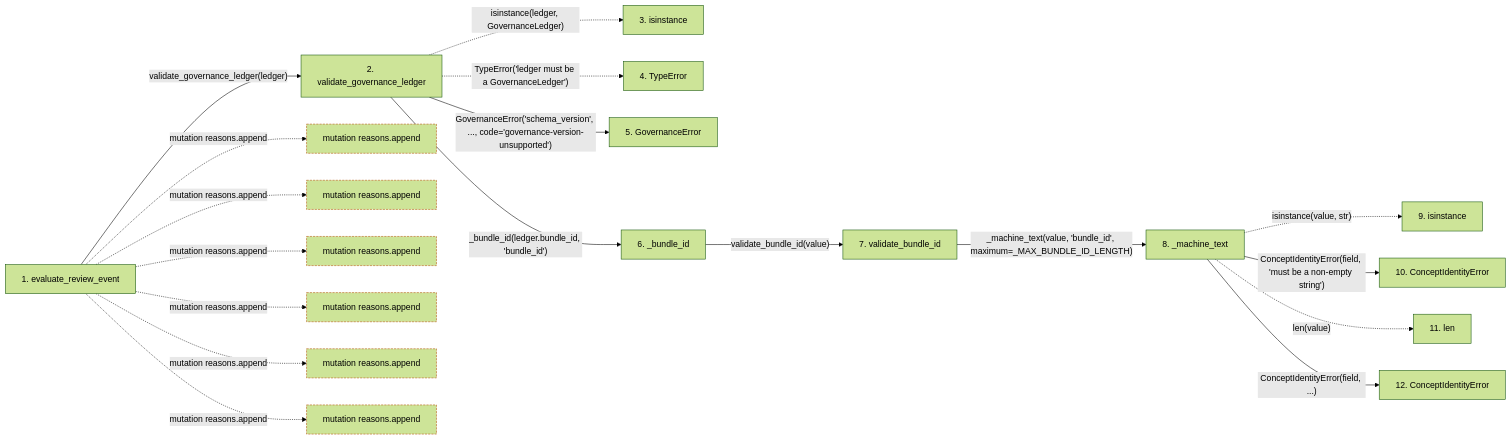
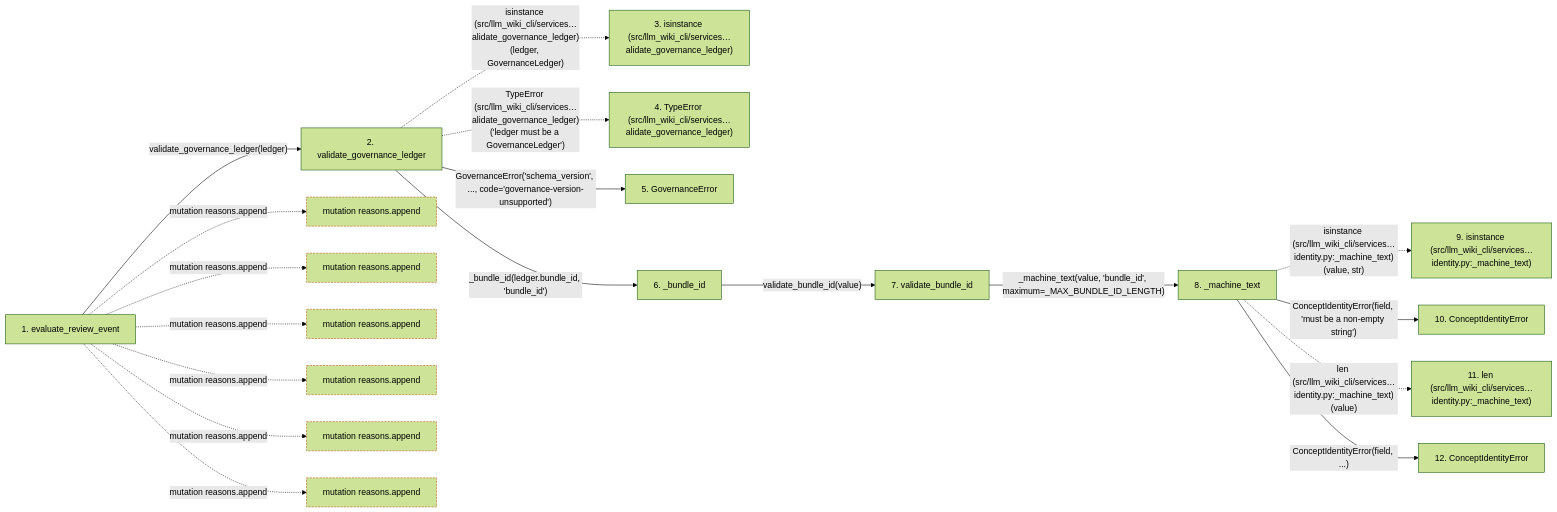
One commit to Denissvgn/python-wiki-llm changed the second of 2 diagrams in docs/llm_wiki/flows/api-evaluate_review_event.md. Above: the diagram before and after it, drawn with Mermaid (forest theme). The commit also changed other lines of this file and 719 other files, not shown here.

````diff
--- a/docs/llm_wiki/flows/api-evaluate_review_event.md
+++ b/docs/llm_wiki/flows/api-evaluate_review_event.md
@@ -82,53 +84,53 @@
 ```mermaid
 flowchart LR
     s1["1. evaluate_review_event"]
     s2["2. validate_governance_ledger"]
-    s3["3. isinstance"]
-    s4["4. TypeError"]
+    s3["3. isinstance (src/llm_wiki_cli/services…alidate_governance_ledger)"]
+    s4["4. TypeError (src/llm_wiki_cli/services…alidate_governance_ledger)"]
     s5["5. GovernanceError"]
     s6["6. _bundle_id"]
     s7["7. validate_bundle_id"]
     s8["8. _machine_text"]
-    s9["9. isinstance"]
+    s9["9. isinstance (src/llm_wiki_cli/services…identity.py:_machine_text)"]
     s10["10. ConceptIdentityError"]
-    s11["11. len"]
+    s11["11. len (src/llm_wiki_cli/services…identity.py:_machine_text)"]
     s12["12. ConceptIdentityError"]
     s1 -->|"validate_governance_ledger(ledger)"| s2
-    s2 -. "isinstance(ledger, GovernanceLedger)" .-> s3
-    s2 -. "TypeError('ledger must be a GovernanceLedger')" .-> s4
+    s2 -. "isinstance (src/llm_wiki_cli/services…alidate_governance_ledger)(ledger, GovernanceLedger)" .-> s3
+    s2 -. "TypeError (src/llm_wiki_cli/services…alidate_governance_ledger)('ledger must be a GovernanceLedger')" .-> s4
     s2 -->|"GovernanceError('schema_version', ..., code='governance-version-unsupported')"| s5
     s2 -->|"_bundle_id(ledger.bundle_id, 'bundle_id')"| s6
     s6 -->|"validate_bundle_id(value)"| s7
     s7 -->|"_machine_text(value, 'bundle_id', maximum=_MAX_BUNDLE_ID_LENGTH)"| s8
-    s8 -. "isinstance(value, str)" .-> s9
+    s8 -. "isinstance (src/llm_wiki_cli/services…identity.py:_machine_text)(value, str)" .-> s9
     s8 -->|"ConceptIdentityError(field, 'must be a non-empty string')"| s10
-    s8 -. "len(value)" .-> s11
+    s8 -. "len (src/llm_wiki_cli/services…identity.py:_machine_text)(value)" .-> s11
     s8 -->|"ConceptIdentityError(field, ...)"| s12
     b0["mutation reasons.append"]
     s1 -. "mutation reasons.append" .-> b0
     b1["mutation reasons.append"]
     s1 -. "mutation reasons.append" .-> b1
     b2["mutation reasons.append"]
     s1 -. "mutation reasons.append" .-> b2
     b3["mutation reasons.append"]
     s1 -. "mutation reasons.append" .-> b3
     b4["mutation reasons.append"]
     s1 -. "mutation reasons.append" .-> b4
     b5["mutation reasons.append"]
     s1 -. "mutation reasons.append" .-> b5
     click s1 "../modules/knowledge_governance.md"
     click s2 "../modules/knowledge_governance.md"
     click s5 "../modules/knowledge_governance.md"
     click s6 "../modules/knowledge_governance.md"
     click s7 "../modules/concept_identity.md"
     click s8 "../modules/concept_identity.md"
     click s10 "../modules/concept_identity.md"
     click s12 "../modules/concept_identity.md"
     classDef boundary stroke:#b45309,stroke-dasharray: 4 2
     class b0 boundary
     class b1 boundary
     class b2 boundary
     class b3 boundary
     class b4 boundary
     class b5 boundary
 ```
````
